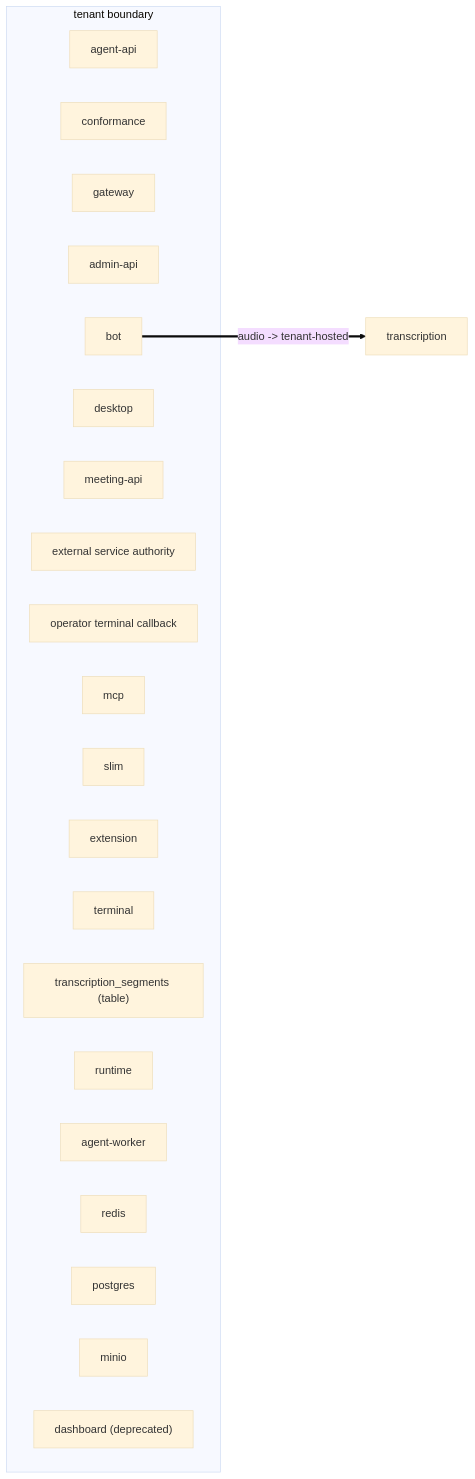
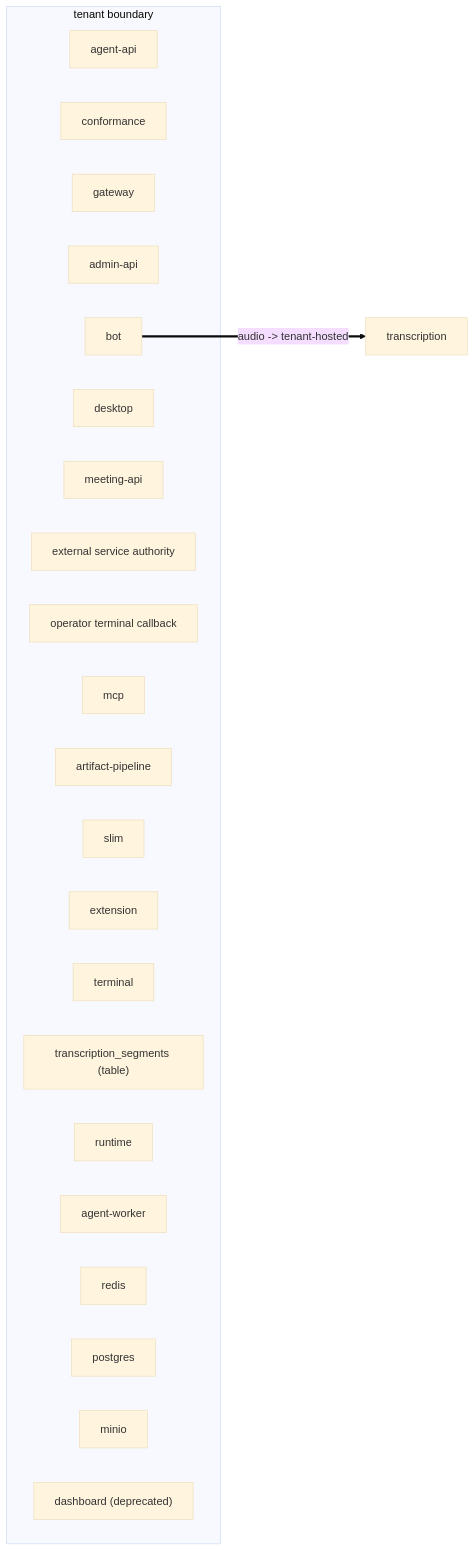
One commit to Vexa-ai/vexa changed the diagram in docs/views/egress.mmd. Above: the diagram before and after it, drawn with Mermaid (base theme). The commit also changed 36 other files, not shown here.

First line of the commit message:
feat(artifact-pipeline): completed meeting → gated, per-participant context delta → delivery

```diff
--- a/docs/views/egress.mmd
+++ b/docs/views/egress.mmd
@@ -1,26 +1,27 @@
 %% GENERATED — pnpm arch:dsl --write
 flowchart LR
   subgraph tenant["tenant boundary"]
     agent_api["agent-api"]
     conformance["conformance"]
     gateway["gateway"]
     admin_api["admin-api"]
     bot["bot"]
     desktop["desktop"]
     meeting_api["meeting-api"]
     service_authority["external service authority"]
     system_webhook["operator terminal callback"]
     mcp["mcp"]
+    artifact_pipeline["artifact-pipeline"]
     slim["slim"]
     extension["extension"]
     terminal["terminal"]
     segments_table["transcription_segments (table)"]
     runtime["runtime"]
     agent_worker["agent-worker"]
     redis["redis"]
     postgres["postgres"]
     minio["minio"]
     dashboard["dashboard (deprecated)"]
   end
   transcription["transcription"]
   bot ==>|"audio -> tenant-hosted"| transcription
```
